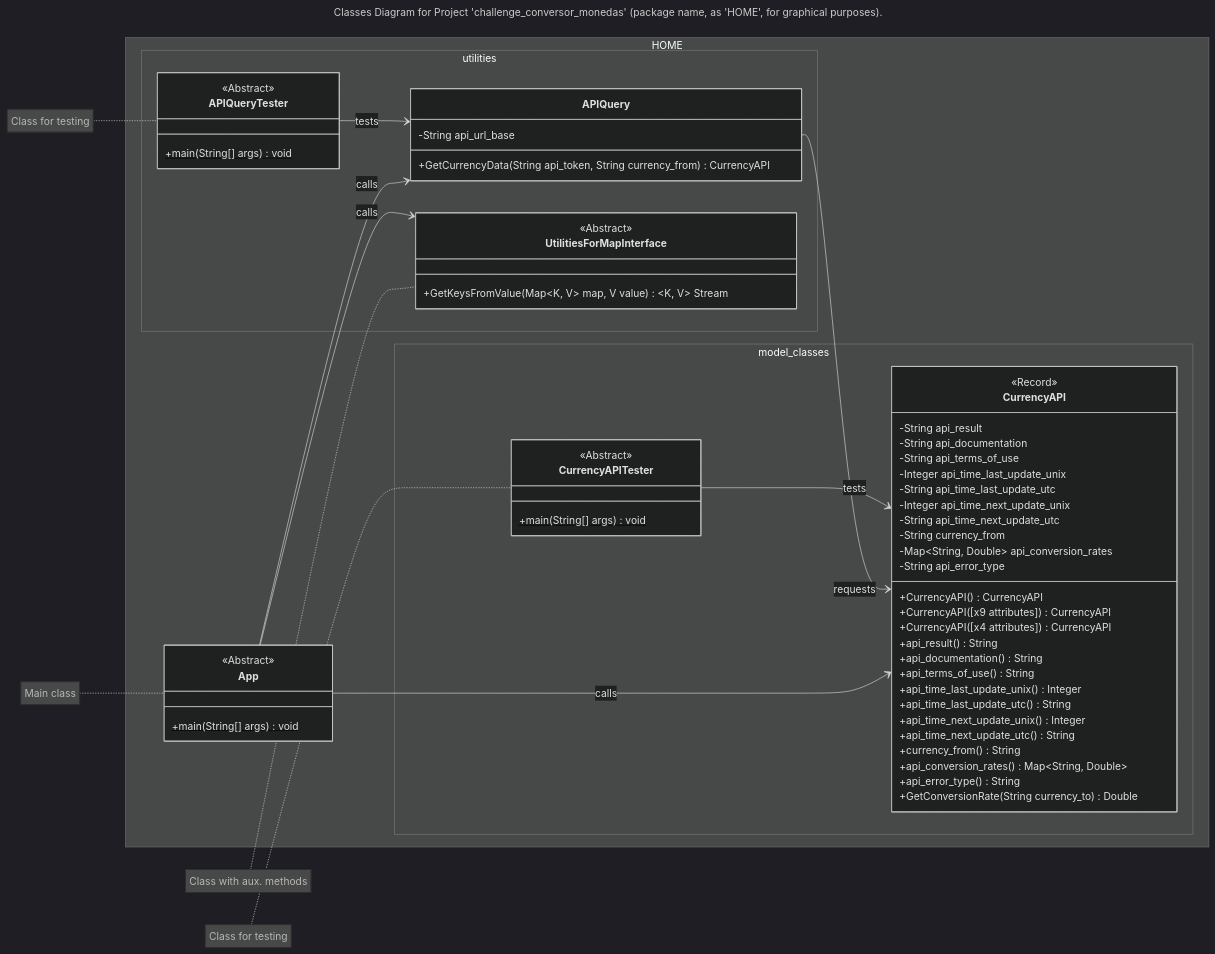
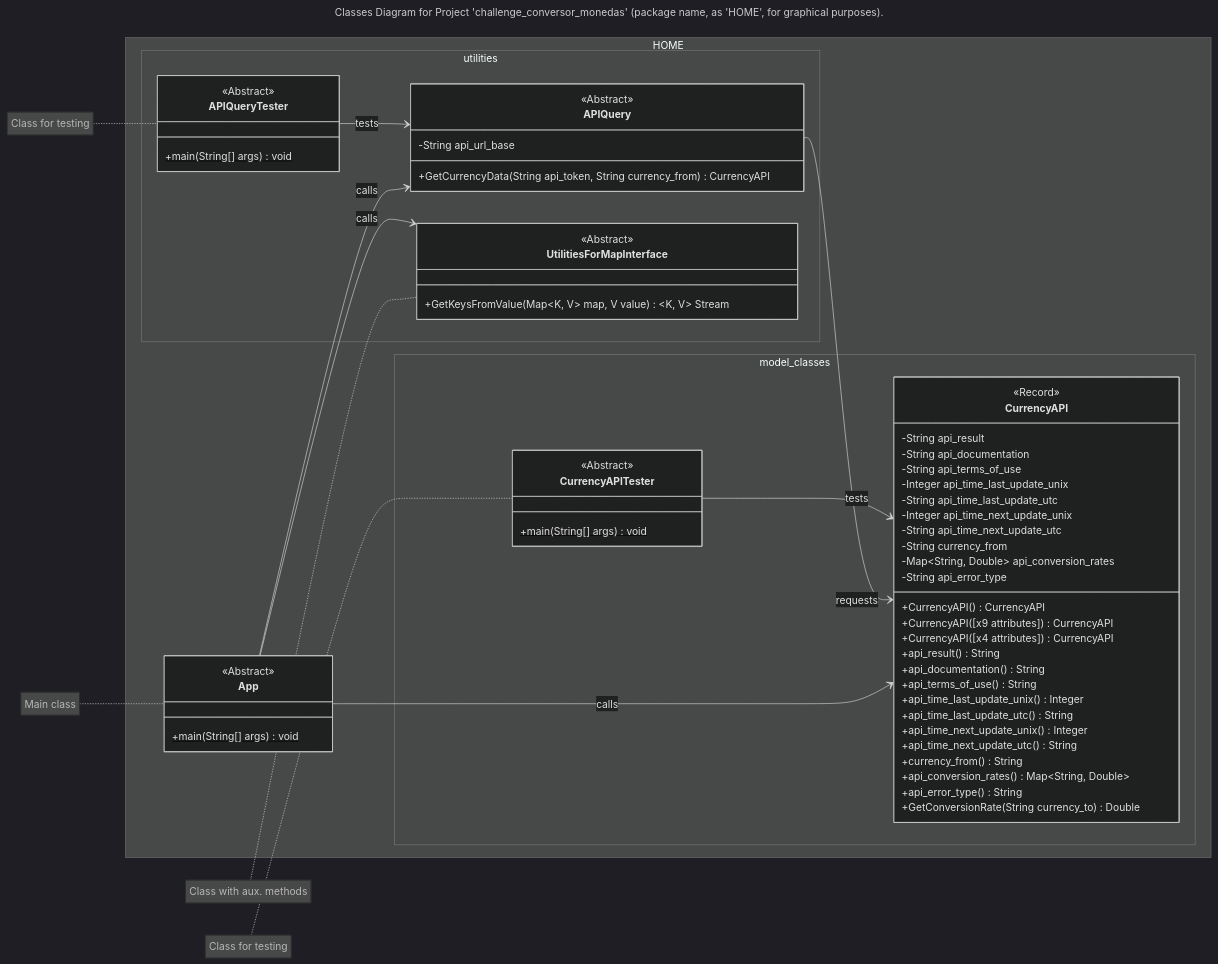
The diagram in README.md (a1t0ghb/courses-oracle_one-practicando_java-d251027), drawn with Mermaid before and after one commit. The commit also changed other lines of this file, not shown here.

```diff
--- a/README.md
+++ b/README.md
@@ -199,6 +199,7 @@
     %% Package 'challenge_conversor_monedas.utilities'.
     namespace HOME.utilities {
         class APIQuery ["APIQuery"] {
+            <<Abstract>>
             -String api_url_base
             +GetCurrencyData(String api_token, String currency_from) CurrencyAPI
         }
```
